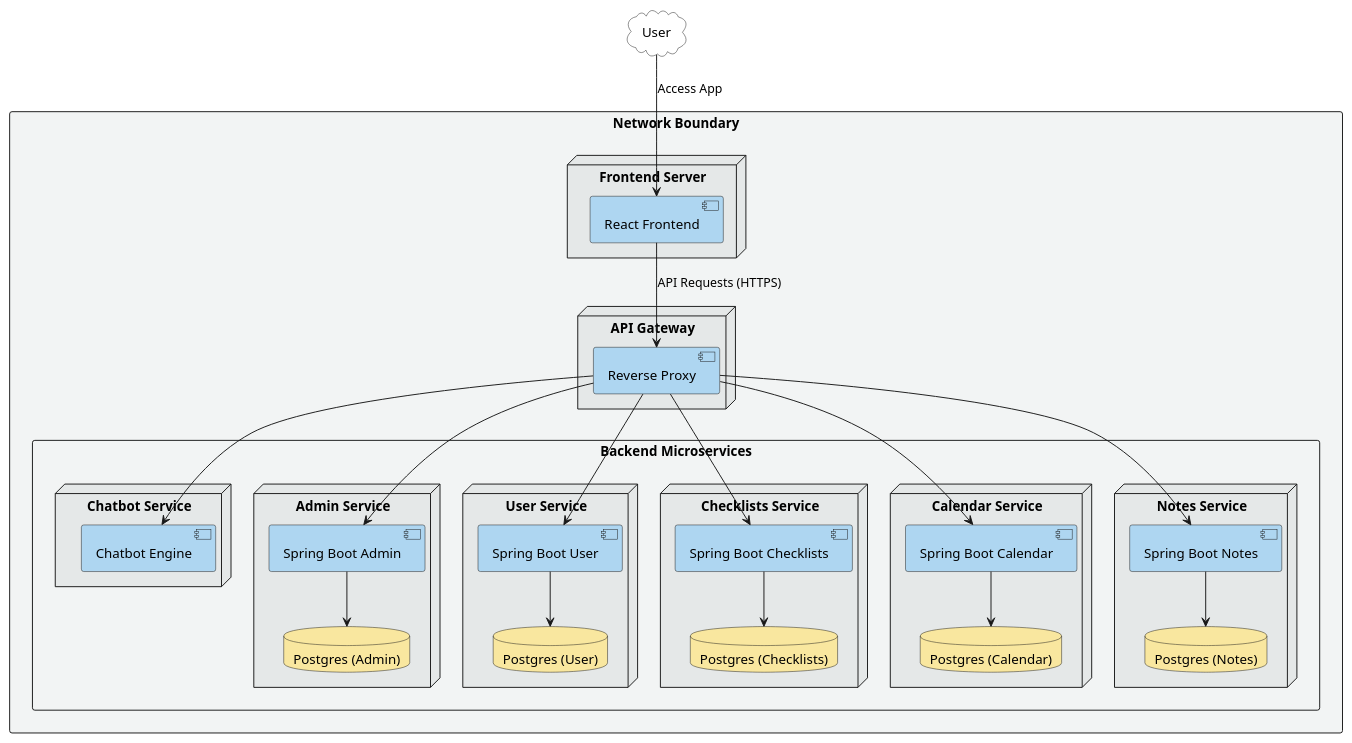
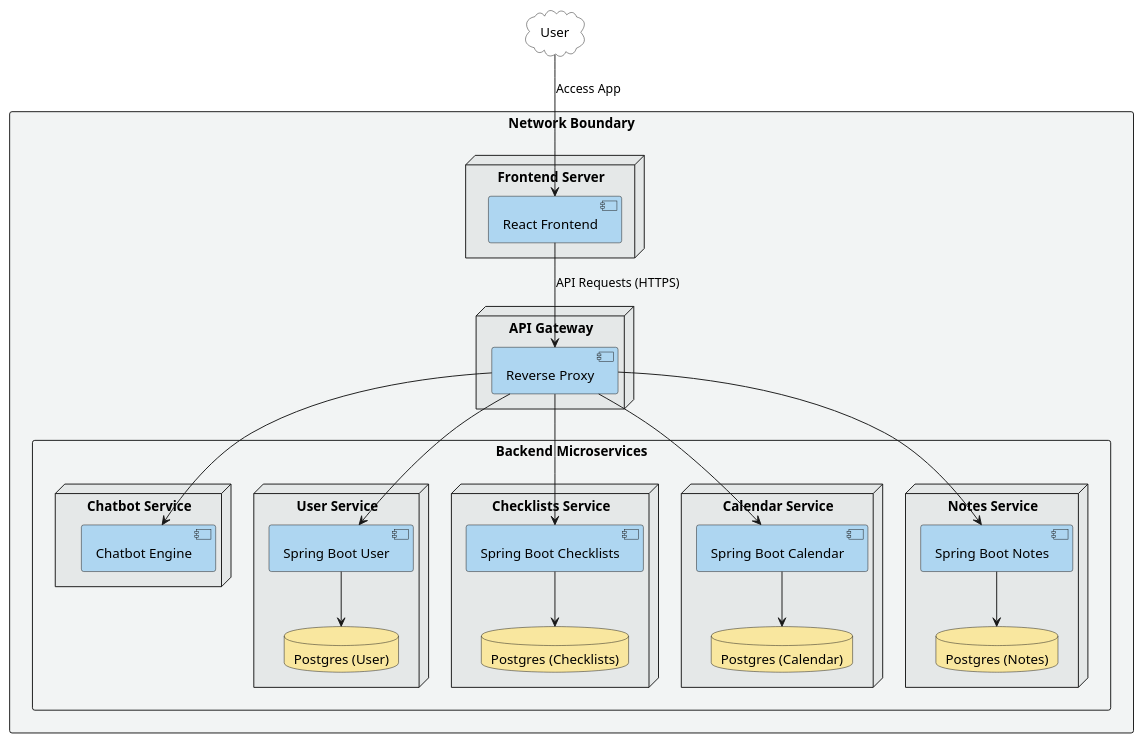
Before and after one commit to AET-DevOps26/team-devopss26: the diagram in docs/component.puml, drawn with PlantUML. The commit also changed 59 other files, not shown here.

```diff
--- a/docs/component.puml
+++ b/docs/component.puml
@@ -1,74 +1,67 @@
 @startuml
 skinparam nodesep 40
 skinparam ranksep 50
 skinparam shadowing false
 
 skinparam RectangleBackgroundColor #F2F4F4
 skinparam NodeBackgroundColor #E5E8E8
 skinparam ComponentBackgroundColor #AED6F1
 skinparam DatabaseBackgroundColor #F9E79F
 
 top to bottom direction
 
 cloud "User" as user #transparent
 
 rectangle "Network Boundary" {
     
     node "Frontend Server" as feServer {
        [React Frontend] as fe
     }
     
     node "API Gateway" as gatewayServer {
        [Reverse Proxy] as proxy
     }
     
     rectangle "Backend Microservices" {
         
         node "Chatbot Service" as msChat {
             [Chatbot Engine] as sbChat
         }
-        
-        node "Admin Service" as msAdmin {
-            [Spring Boot Admin] as sbAdmin
-            database "Postgres (Admin)" as pgAdmin
-            sbAdmin -down-> pgAdmin
-        }
-        
+
         node "User Service" as msUser {
             [Spring Boot User] as sbUser
             database "Postgres (User)" as pgUser
             sbUser -down-> pgUser
         }
         
         node "Checklists Service" as msCheck {
             [Spring Boot Checklists] as sbCheck
             database "Postgres (Checklists)" as pgCheck
             sbCheck -down-> pgCheck
         }
         
         node "Calendar Service" as msCal {
             [Spring Boot Calendar] as sbCal
             database "Postgres (Calendar)" as pgCal
             sbCal -down-> pgCal
         }
         
         node "Notes Service" as msNotes {
             [Spring Boot Notes] as sbNotes
             database "Postgres (Notes)" as pgNotes
             sbNotes -down-> pgNotes
         }
     }
 }
 
 user -down-> fe : Access App
 
 fe -down-> proxy : API Requests (HTTPS)
 
 proxy -down-> sbChat
-proxy -down-> sbAdmin
 proxy -down-> sbUser
 proxy -down-> sbCheck
 proxy -down-> sbCal
 proxy -down-> sbNotes
 
 @enduml
```
